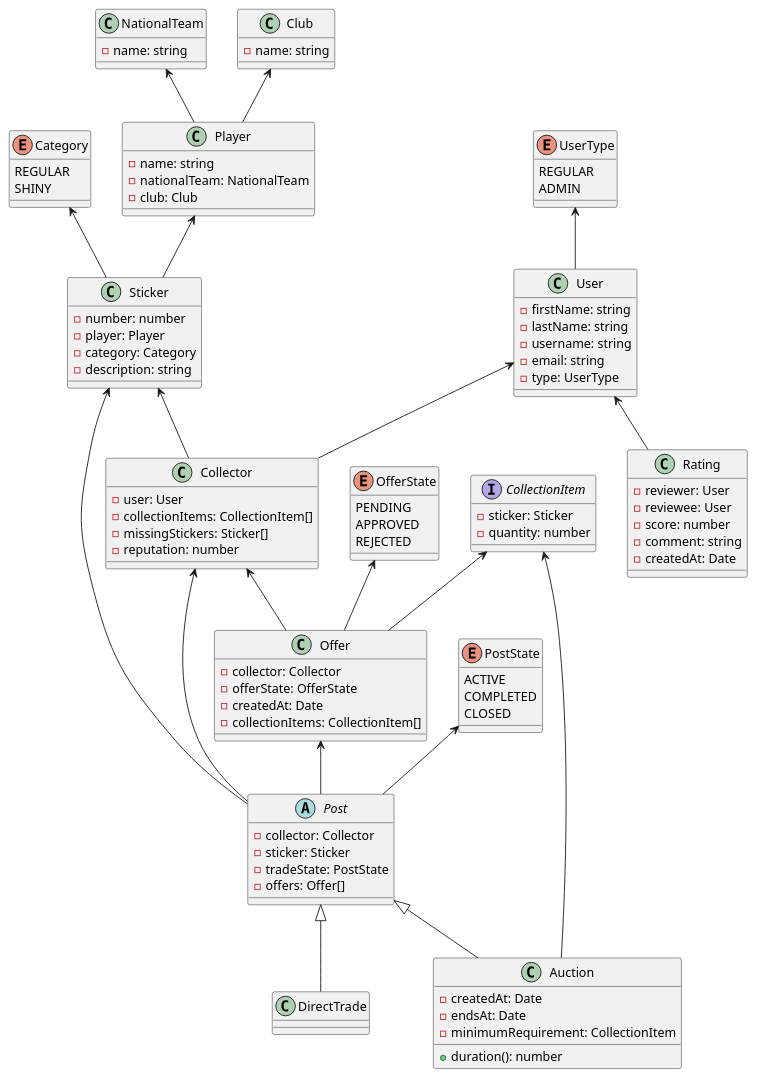
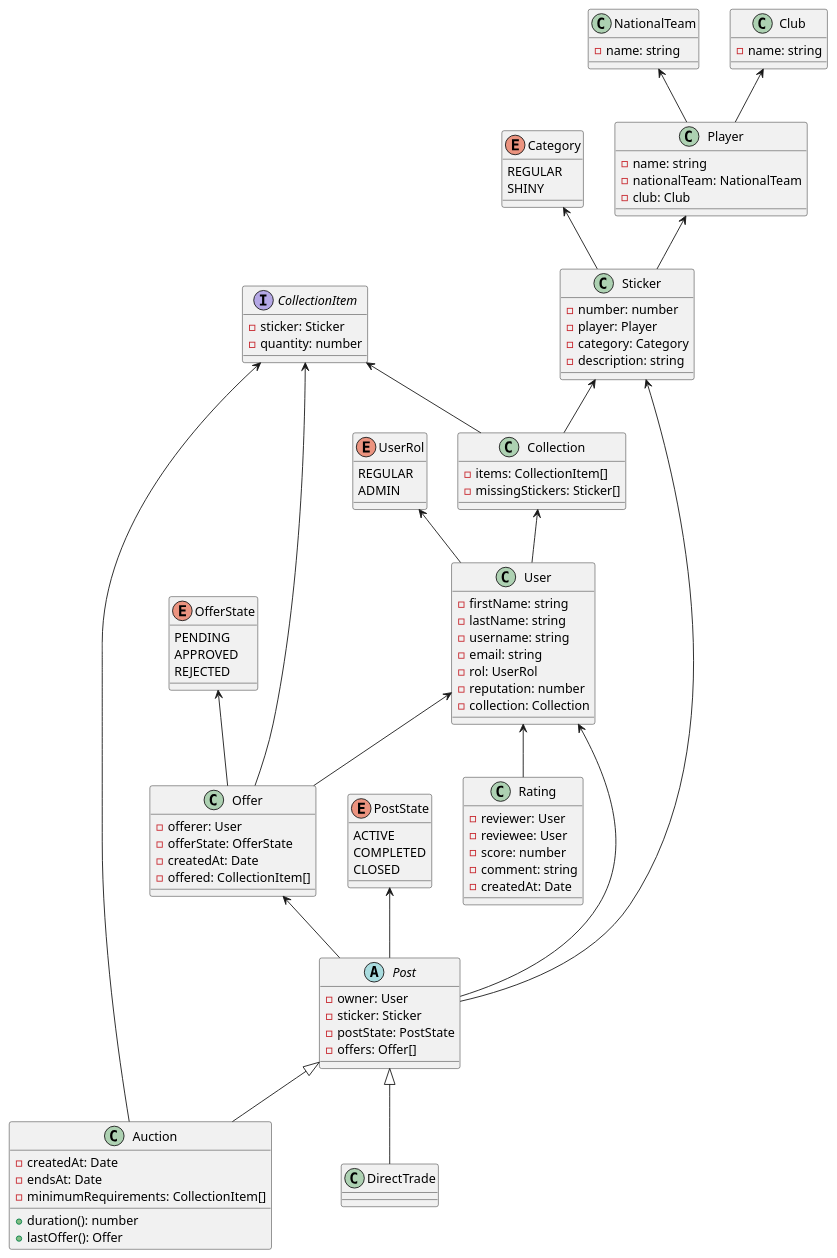
The diagram in backend/class_diagram.puml (AgustinCarlanaRivero/tacs-grupo-1), drawn with PlantUML before and after one commit.

Commit message:
Mas cambios en el dominio

```diff
--- a/backend/class_diagram.puml
+++ b/backend/class_diagram.puml
@@ -1,124 +1,126 @@
 @startuml class_diagram
 
 enum Category {
   REGULAR
   SHINY
 }
 
-enum UserType {
+enum UserRol {
   REGULAR
   ADMIN
 }
 
 enum OfferState {
   PENDING
   APPROVED
   REJECTED
 }
 
 enum PostState {
   ACTIVE
   COMPLETED
   CLOSED
 }
 
 class NationalTeam {
   -name: string
 }
 
 class Club {
   -name: string
 }
 
 class Player {
   -name: string
   -nationalTeam: NationalTeam
   -club: Club
 }
 
 class Sticker {
   -number: number
   -player: Player
   -category: Category
   -description: string
 }
 
 class User {
   -firstName: string
   -lastName: string
   -username: string
   -email: string
-  -type: UserType
+  -rol: UserRol
+  -reputation: number
+  -collection: Collection
 }
 
-class Collector {
-  -user: User
-  -collectionItems: CollectionItem[]
+class Collection {
+  -items: CollectionItem[]
   -missingStickers: Sticker[]
-  -reputation: number
 }
 
 class Rating {
   -reviewer: User
   -reviewee: User
   -score: number
   -comment: string
   -createdAt: Date
 }
 
 interface CollectionItem { 
   -sticker: Sticker
   -quantity: number
 }
 
 class Offer {
-  -collector: Collector
+  -offerer: User
   -offerState: OfferState
   -createdAt: Date
-  -collectionItems: CollectionItem[]
+  -offered: CollectionItem[]
 }
 
 abstract class Post {
-  -collector: Collector
+  -owner: User
   -sticker: Sticker
-  -tradeState: PostState
+  -postState: PostState
   -offers: Offer[]
 }
 
 class DirectTrade
 
 class Auction {
   -createdAt: Date
   -endsAt: Date
-  -minimumRequirement: CollectionItem
+  -minimumRequirements: CollectionItem[]
   +duration(): number
+  +lastOffer(): Offer
 }
 
 NationalTeam <-- Player
 Club <-- Player
 
 Player <-- Sticker
 Category <-- Sticker
 
-User <-- Collector
-Sticker <-- Collector
+Sticker <-- Collection
+CollectionItem <-- Collection
 
 User <-- Rating
 
-UserType <-- User
+UserRol <-- User
+Collection <-- User
 
-Collector <-- Offer
+User <-- Offer
 CollectionItem <-- Offer
 OfferState <-- Offer
 
-Collector <-- Post
+User <-- Post
 Sticker <-- Post
 Offer <-- Post
 PostState <-- Post
 
 Post <|-- DirectTrade
 Post <|-- Auction
 
 CollectionItem <-- Auction
 
 @enduml
```
